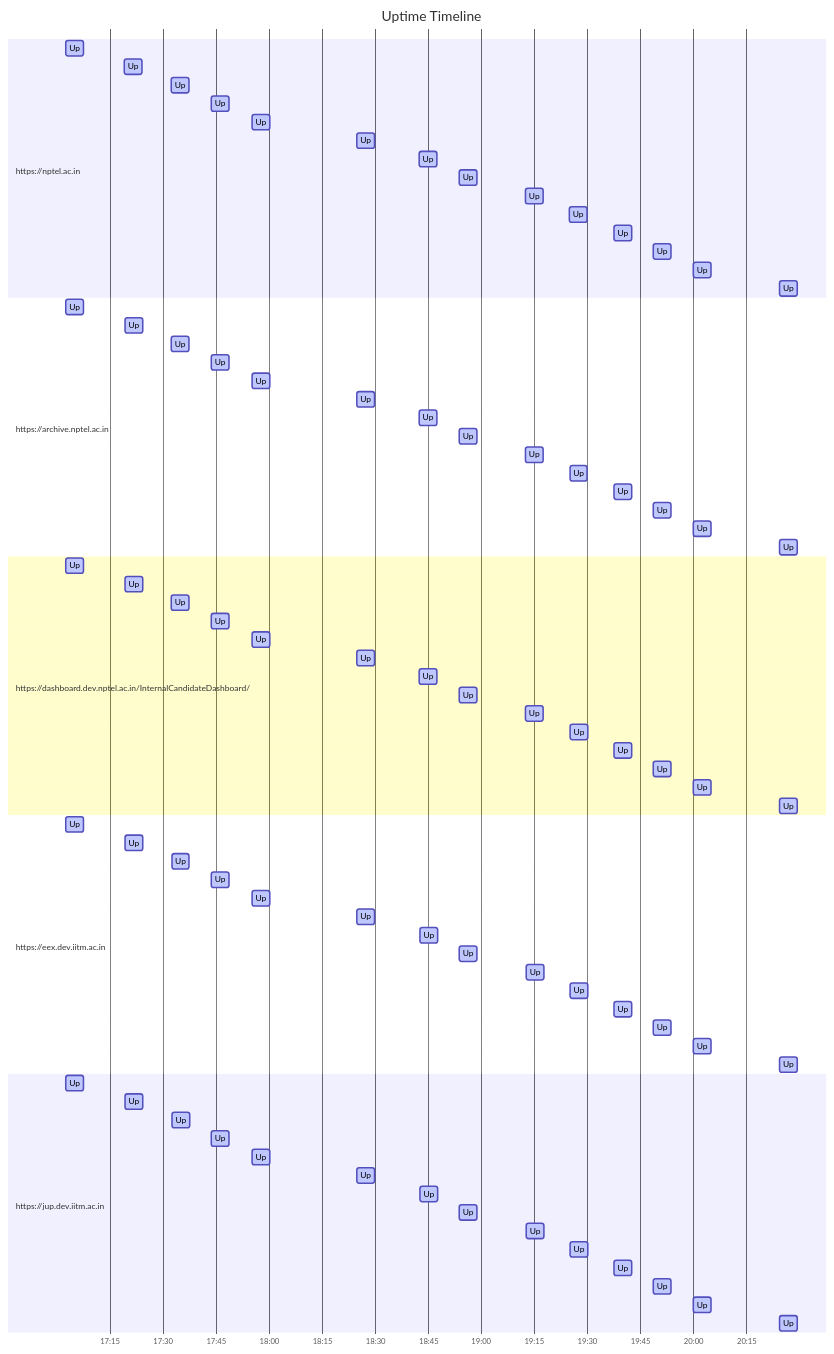
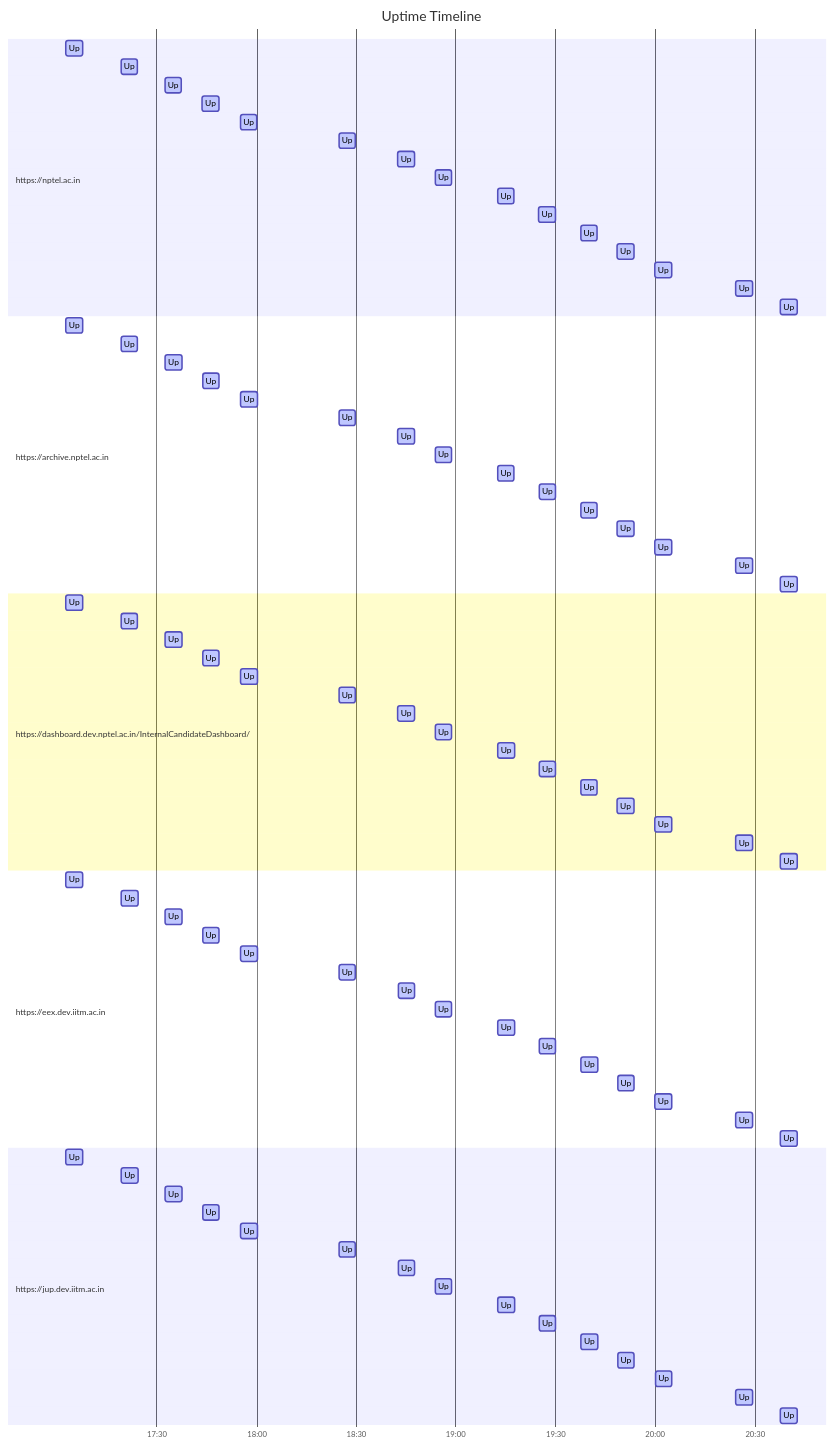
One commit to nchandra75/monitor changed the diagram in results.md. Above: the diagram before and after it, drawn with Mermaid. The commit also changed other lines of this file and 1 other file, not shown here.

````diff
--- a/results.md
+++ b/results.md
@@ -38,6 +38,7 @@
         Up: active, 2024-09-13 19:48:39, 5m
         Up: active, 2024-09-13 19:59:59, 5m
         Up: active, 2024-09-13 20:24:18, 5m
+        Up: active, 2024-09-13 20:37:45, 5m
     section https://archive.nptel.ac.in
         Up: active, 2024-09-13 17:02:37, 5m
         Up: active, 2024-09-13 17:19:15, 5m
@@ -53,6 +54,7 @@
         Up: active, 2024-09-13 19:48:40, 5m
         Up: active, 2024-09-13 20:00:00, 5m
         Up: active, 2024-09-13 20:24:19, 5m
+        Up: active, 2024-09-13 20:37:46, 5m
     section https://dashboard.dev.nptel.ac.in/InternalCandidateDashboard/
         Up: active, 2024-09-13 17:02:38, 5m
         Up: active, 2024-09-13 17:19:15, 5m
@@ -68,6 +70,7 @@
         Up: active, 2024-09-13 19:48:41, 5m
         Up: active, 2024-09-13 20:00:01, 5m
         Up: active, 2024-09-13 20:24:20, 5m
+        Up: active, 2024-09-13 20:37:47, 5m
     section https://eex.dev.iitm.ac.in
         Up: active, 2024-09-13 17:02:39, 5m
         Up: active, 2024-09-13 17:19:16, 5m
@@ -83,6 +86,7 @@
         Up: active, 2024-09-13 19:48:42, 5m
         Up: active, 2024-09-13 20:00:02, 5m
         Up: active, 2024-09-13 20:24:21, 5m
+        Up: active, 2024-09-13 20:37:48, 5m
     section https://jup.dev.iitm.ac.in
         Up: active, 2024-09-13 17:02:40, 5m
         Up: active, 2024-09-13 17:19:17, 5m
@@ -98,4 +102,5 @@
         Up: active, 2024-09-13 19:48:43, 5m
         Up: active, 2024-09-13 20:00:03, 5m
         Up: active, 2024-09-13 20:24:22, 5m
+        Up: active, 2024-09-13 20:37:49, 5m
 ```
````
